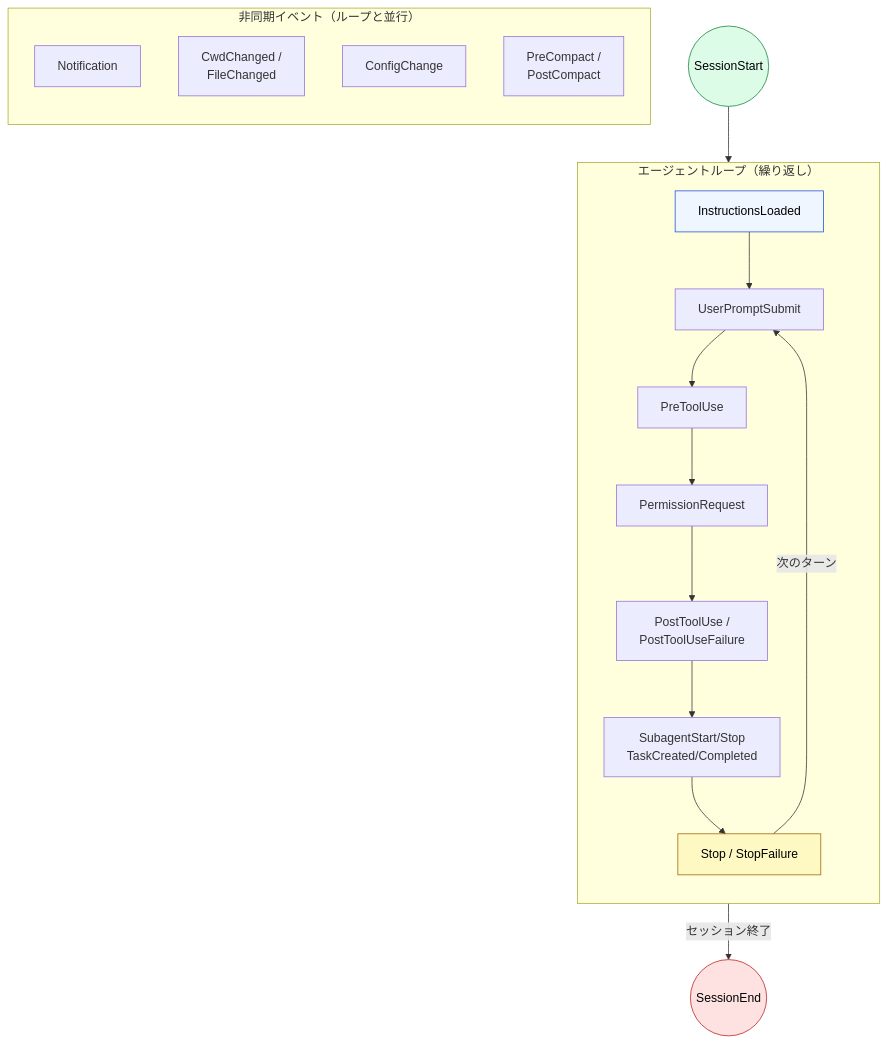
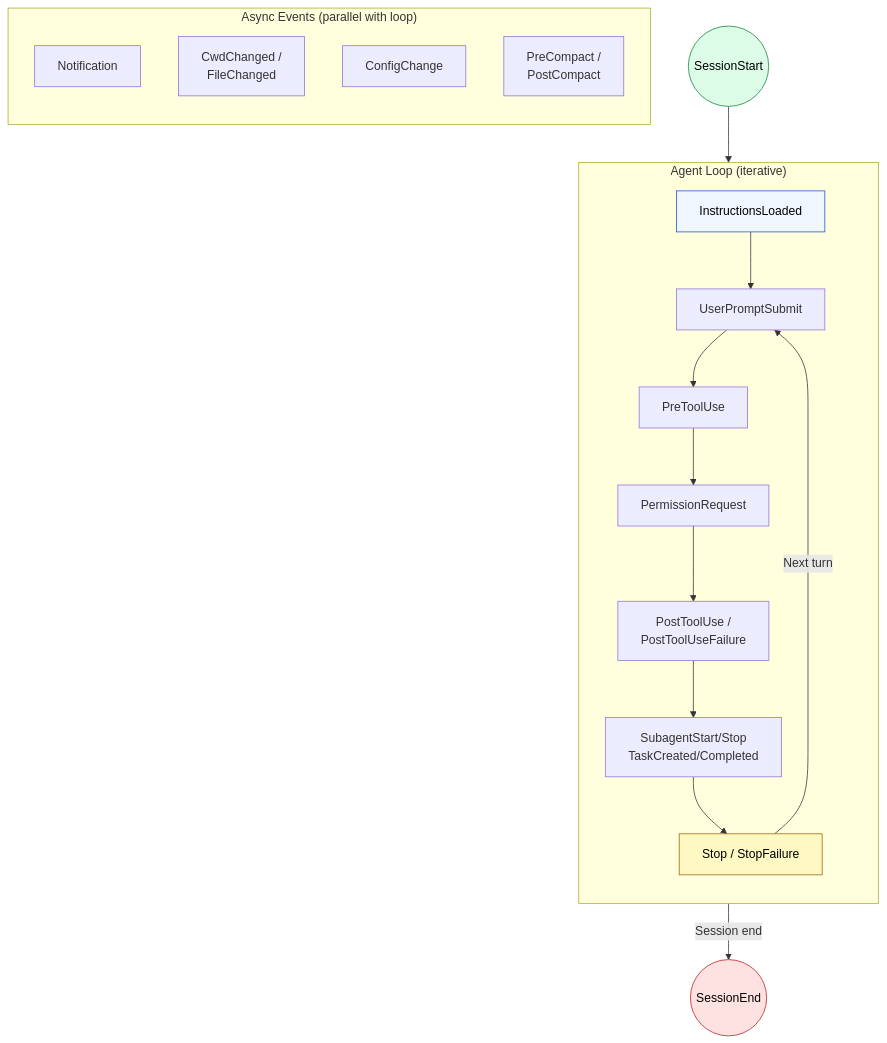
The diagram in docs/07-runtime-layer/hooks.md (shuji-bonji/understanding-llm-through-claude-code), drawn with Mermaid before and after one commit. The commit also changed other lines of this file and 100 other files, not shown here.

````diff
--- a/docs/07-runtime-layer/hooks.md
+++ b/docs/07-runtime-layer/hooks.md
@@ -31,36 +33,36 @@
 ```mermaid
 flowchart TB
     SS@{ shape: circle, label: "SessionStart" }
     SE@{ shape: circle, label: "SessionEnd" }
 
-    subgraph loop ["エージェントループ（繰り返し）"]
+    subgraph loop ["Agent Loop (iterative)"]
         direction TB
         IL["InstructionsLoaded"]
         UPS["UserPromptSubmit"]
         PTU["PreToolUse"]
         PR["PermissionRequest"]
         POST["PostToolUse /<br>PostToolUseFailure"]
         SUB["SubagentStart/Stop<br>TaskCreated/Completed"]
         STOP["Stop / StopFailure"]
 
         IL --> UPS
         UPS --> PTU --> PR --> POST --> SUB --> STOP
-        STOP -->|"次のターン"| UPS
+        STOP -->|"Next turn"| UPS
     end
 
     SS --> IL
-    STOP -->|"セッション終了"| SE
+    STOP -->|"Session end"| SE
 
     style SS fill:#dcfce7,stroke:#15803d,color:#000
     style SE fill:#fee2e2,stroke:#b91c1c,color:#000
     style IL fill:#eff6ff,stroke:#1d4ed8,color:#000
     style STOP fill:#fef9c3,stroke:#a16207,color:#000
 
-    subgraph async ["非同期イベント（ループと並行）"]
+    subgraph async ["Async Events (parallel with loop)"]
         direction TB
         NF["Notification"]
         CWD["CwdChanged /<br>FileChanged"]
         CFG["ConfigChange"]
         CMP["PreCompact /<br>PostCompact"]
     end
 ```
````
